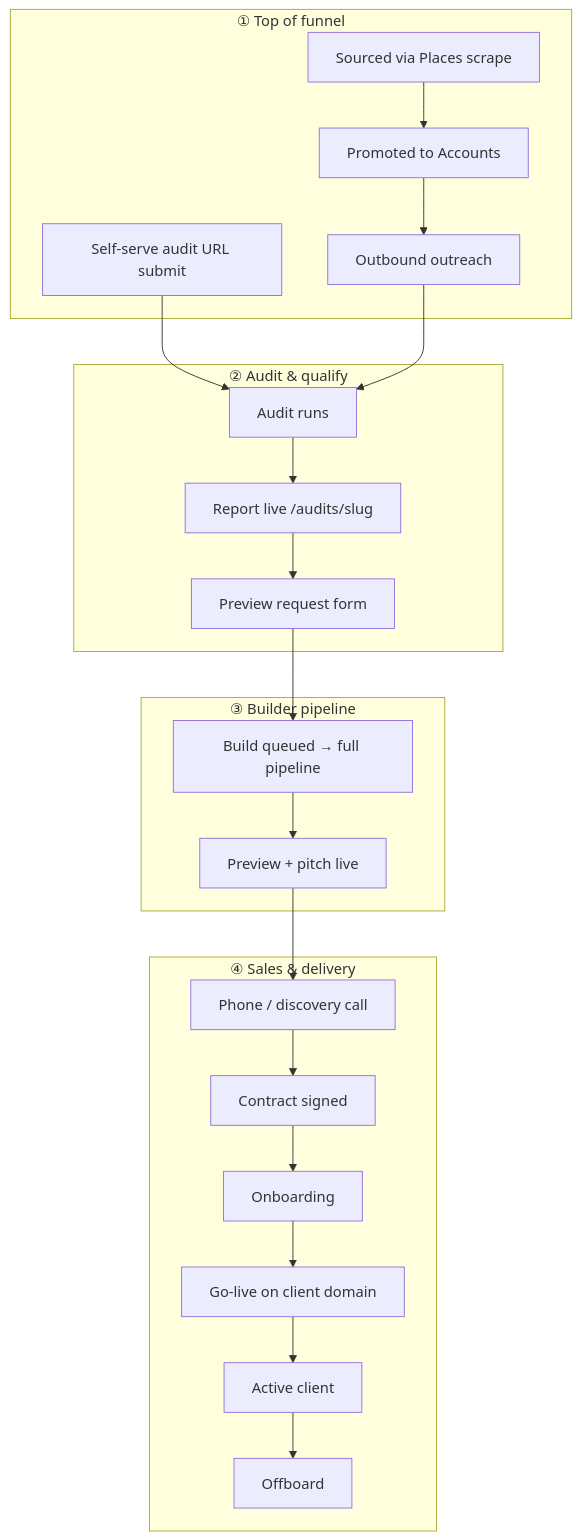
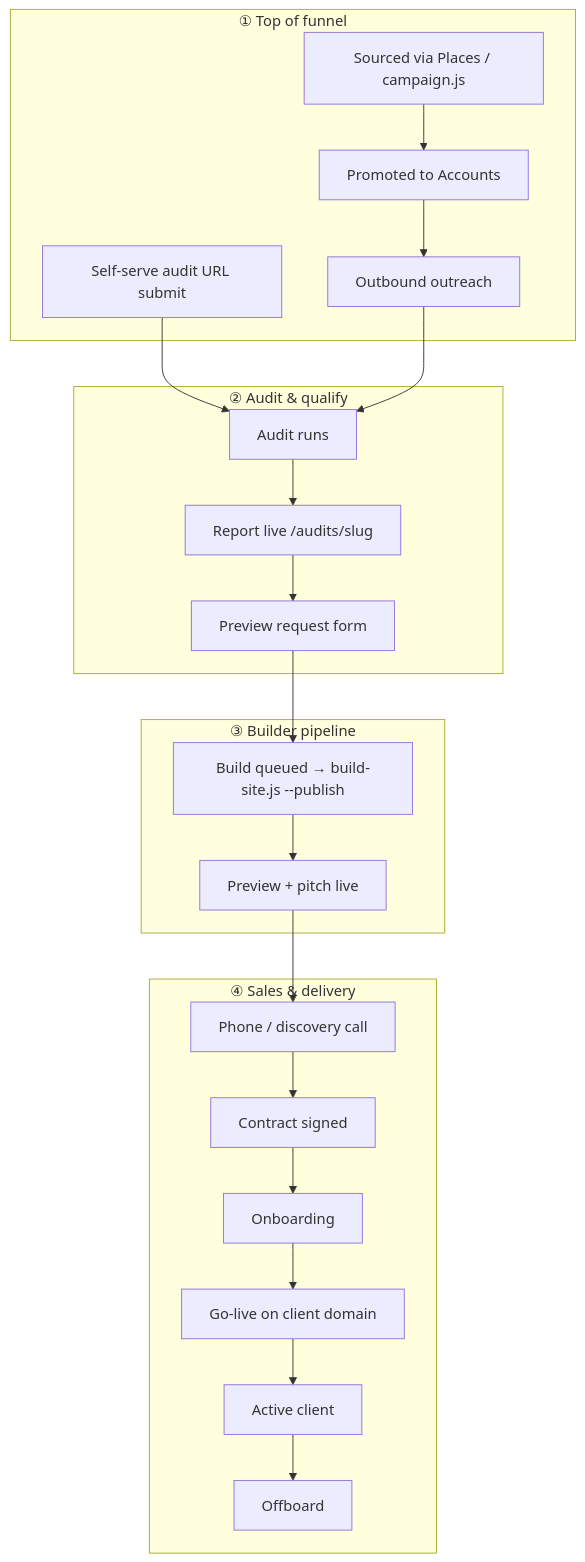
One commit to gwgunther/groundwork-builder changed the diagram in docs/lifecycle/CUSTOMER_JOURNEY.md. Above: the diagram before and after it, drawn with Mermaid. The commit also changed other lines of this file and 43 other files, not shown here.

````diff
--- a/docs/lifecycle/CUSTOMER_JOURNEY.md
+++ b/docs/lifecycle/CUSTOMER_JOURNEY.md
@@ -33,36 +35,36 @@
 ```mermaid
 flowchart TB
   subgraph TOP["① Top of funnel"]
-    S1[Sourced via Places scrape]
+    S1[Sourced via Places / campaign.js]
     S2[Promoted to Accounts]
     S3[Outbound outreach]
     S4[Self-serve audit URL submit]
   end
 
   subgraph AUDIT["② Audit & qualify"]
     A1[Audit runs]
     A2[Report live /audits/slug]
     A3[Preview request form]
   end
 
   subgraph BUILD["③ Builder pipeline"]
-    B1[Build queued → full pipeline]
+    B1[Build queued → build-site.js --publish]
     B2[Preview + pitch live]
   end
 
   subgraph HUMAN["④ Sales & delivery"]
     H1[Phone / discovery call]
     H2[Contract signed]
     H3[Onboarding]
     H4[Go-live on client domain]
     H5[Active client]
     H6[Offboard]
   end
 
   S1 --> S2 --> S3
   S4 --> A1 --> A2
   A2 --> A3
   A3 --> B1
   S3 --> A1
   B1 --> B2 --> H1 --> H2 --> H3 --> H4 --> H5 --> H6
 ```
````
